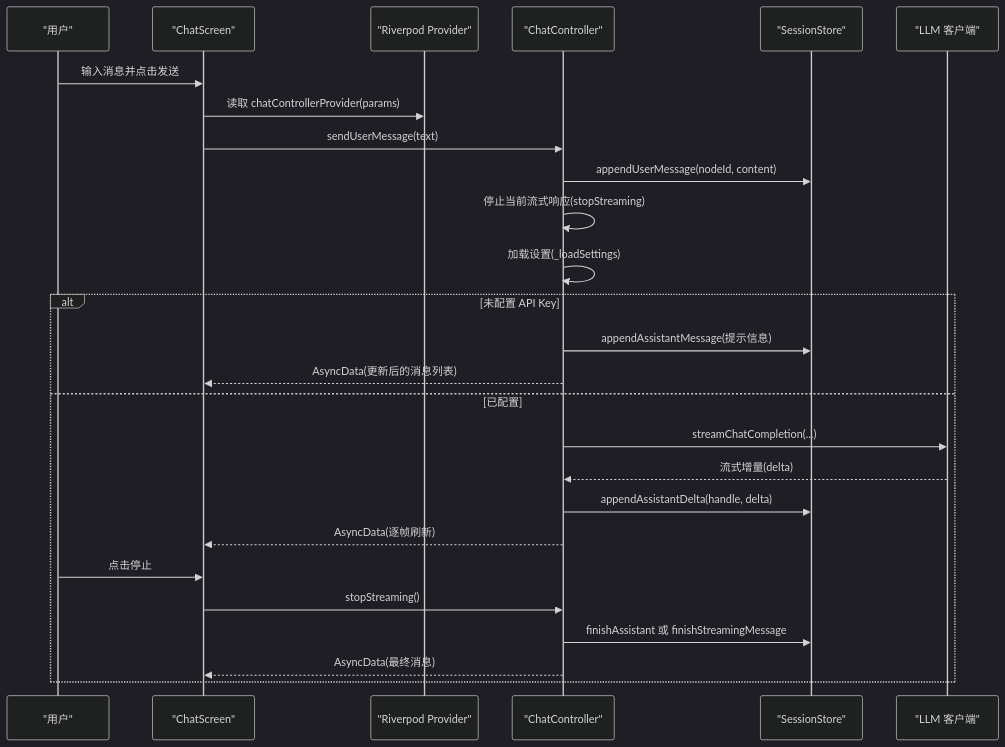
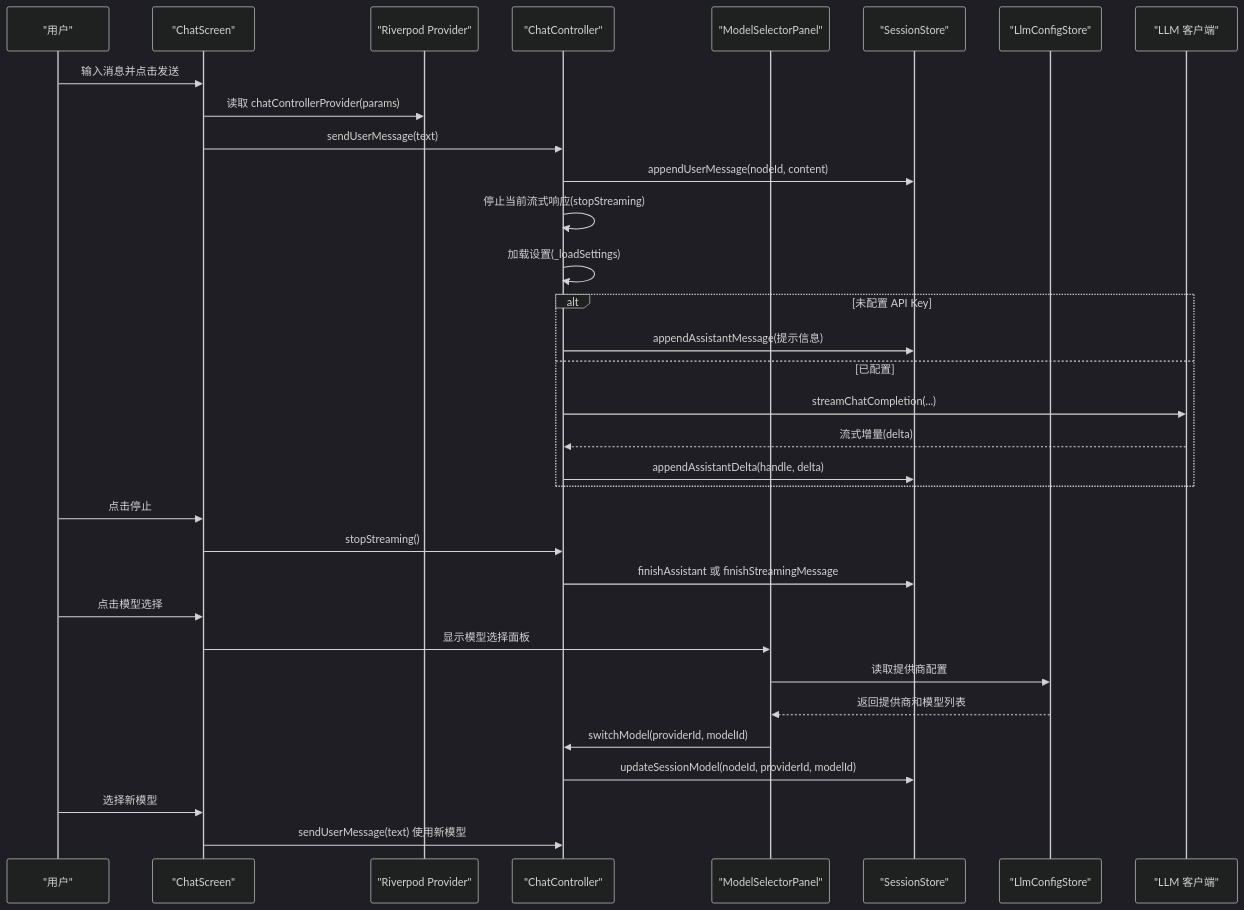
Before and after one commit to Ykworm/thktree: the second of 9 diagrams in .qoder/repowiki/zh/content/核心功能模块/对话管理系统/聊天界面组件.md, drawn with Mermaid (dark theme). The commit also changed other lines of this file and 45 other files, not shown here.

````diff
--- a/.qoder/repowiki/zh/content/核心功能模块/对话管理系统/聊天界面组件.md
+++ b/.qoder/repowiki/zh/content/核心功能模块/对话管理系统/聊天界面组件.md
@@ -90,28 +133,35 @@
 ```mermaid
 sequenceDiagram
 participant U as "用户"
 participant S as "ChatScreen"
 participant P as "Riverpod Provider"
 participant C as "ChatController"
+participant MSP as "ModelSelectorPanel"
 participant Store as "SessionStore"
+participant ConfigStore as "LlmConfigStore"
 participant LLM as "LLM 客户端"
 U->>S : 输入消息并点击发送
 S->>P : 读取 chatControllerProvider(params)
 S->>C : sendUserMessage(text)
 C->>Store : appendUserMessage(nodeId, content)
 C->>C : 停止当前流式响应(stopStreaming)
 C->>C : 加载设置(_loadSettings)
 alt 未配置 API Key
 C->>Store : appendAssistantMessage(提示信息)
-C-->>S : AsyncData(更新后的消息列表)
 else 已配置
 C->>LLM : streamChatCompletion(...)
 LLM-->>C : 流式增量(delta)
 C->>Store : appendAssistantDelta(handle, delta)
-C-->>S : AsyncData(逐帧刷新)
+end
 U->>S : 点击停止
 S->>C : stopStreaming()
 C->>Store : finishAssistant 或 finishStreamingMessage
-C-->>S : AsyncData(最终消息)
-end
+U->>S : 点击模型选择
+S->>MSP : 显示模型选择面板
+MSP->>ConfigStore : 读取提供商配置
+ConfigStore-->>MSP : 返回提供商和模型列表
+MSP->>C : switchModel(providerId, modelId)
+C->>Store : updateSessionModel(nodeId, providerId, modelId)
+U->>S : 选择新模型
+S->>C : sendUserMessage(text) 使用新模型
 ```
````
